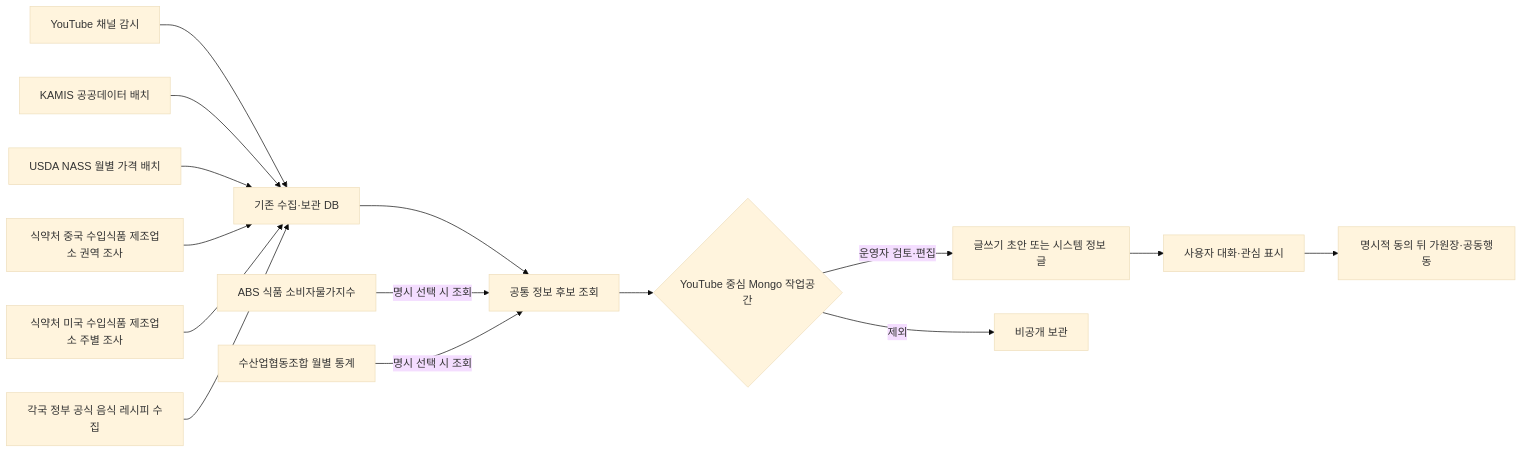
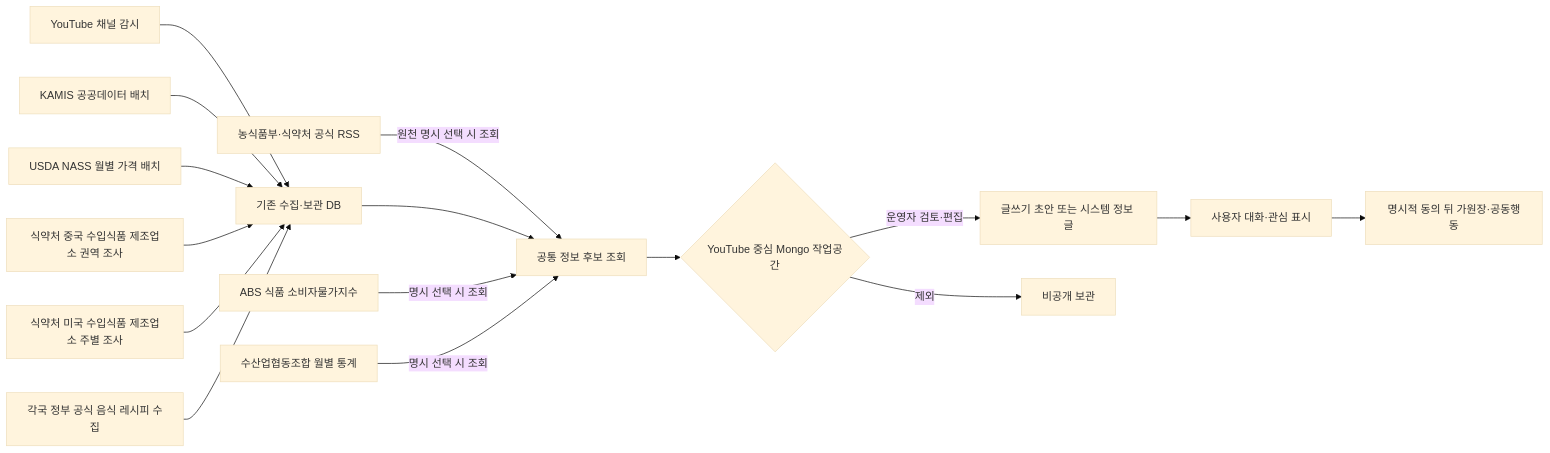
Before and after one commit to cheolwo/hongdal: the first of 2 diagrams in docs/Architecture/CommunityInformationCollection.md, drawn with Mermaid (base theme). The commit also changed other lines of this file and 22 other files, not shown here.

````diff
--- a/docs/Architecture/CommunityInformationCollection.md
+++ b/docs/Architecture/CommunityInformationCollection.md
@@ -7,17 +7,18 @@
 ```mermaid
 flowchart LR
     A["YouTube 채널 감시"] --> C["기존 수집·보관 DB"]
     B["KAMIS 공공데이터 배치"] --> C
     B1["USDA NASS 월별 가격 배치"] --> C
     B5["식약처 중국 수입식품 제조업소 권역 조사"] --> C
     B6["식약처 미국 수입식품 제조업소 주별 조사"] --> C
     B4["각국 정부 공식 음식 레시피 수집"] --> C
+    B7["농식품부·식약처 공식 RSS"] -->|원천 명시 선택 시 조회| D
     C --> D["공통 정보 후보 조회"]
     B3["ABS 식품 소비자물가지수"] -->|명시 선택 시 조회| D
     B2["수산업협동조합 월별 통계"] -->|명시 선택 시 조회| D
     D --> E{"YouTube 중심 Mongo 작업공간"}
     E -->|운영자 검토·편집| F["글쓰기 초안 또는 시스템 정보 글"]
     E -->|제외| G["비공개 보관"]
     F --> H["사용자 대화·관심 표시"]
     H --> I["명시적 동의 뒤 가원장·공동행동"]
 ```
````
